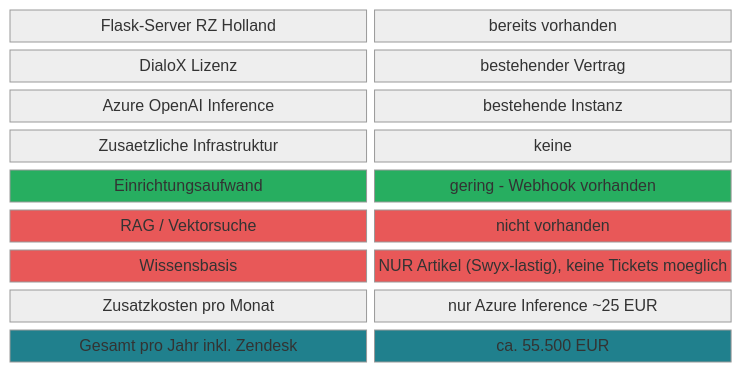
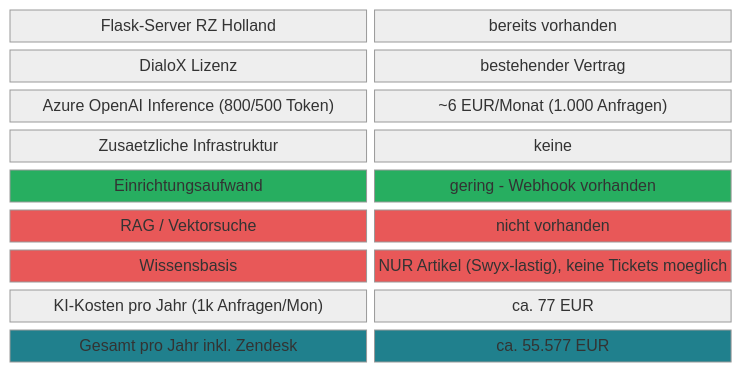
Before and after one commit to tekknix/zendesk-ai: the sixth of 16 diagrams in readme.md, drawn with Mermaid (neutral theme). The commit also changed other lines of this file, not shown here.

````diff
--- a/readme.md
+++ b/readme.md
@@ -180,22 +182,22 @@
 ```mermaid
 block-beta
     columns 2
     A["Flask-Server RZ Holland"]:1 B["bereits vorhanden"]:1
     C["DialoX Lizenz"]:1 D["bestehender Vertrag"]:1
-    E["Azure OpenAI Inference"]:1 F["bestehende Instanz"]:1
+    E["Azure OpenAI Inference (800/500 Token)"]:1 F["~6 EUR/Monat (1.000 Anfragen)"]:1
     G["Zusaetzliche Infrastruktur"]:1 H["keine"]:1
     I["Einrichtungsaufwand"]:1 J["gering - Webhook vorhanden"]:1
     K["RAG / Vektorsuche"]:1 L["nicht vorhanden"]:1
     M["Wissensbasis"]:1 N["NUR Artikel (Swyx-lastig), keine Tickets moeglich"]:1
-    O["Zusatzkosten pro Monat"]:1 P["nur Azure Inference ~25 EUR"]:1
-    Q["Gesamt pro Jahr inkl. Zendesk"]:1 R["ca. 55.500 EUR"]:1
+    O["KI-Kosten pro Jahr (1k Anfragen/Mon)"]:1 P["ca. 77 EUR"]:1
+    Q["Gesamt pro Jahr inkl. Zendesk"]:1 R["ca. 55.577 EUR"]:1
 
     style I fill:#27AE60,color:#fff
     style J fill:#27AE60,color:#fff
     style K fill:#E85858,color:#fff
     style L fill:#E85858,color:#fff
     style M fill:#E85858,color:#fff
     style N fill:#E85858,color:#fff
     style Q fill:#20808D,color:#fff
     style R fill:#20808D,color:#fff
 ```
````
